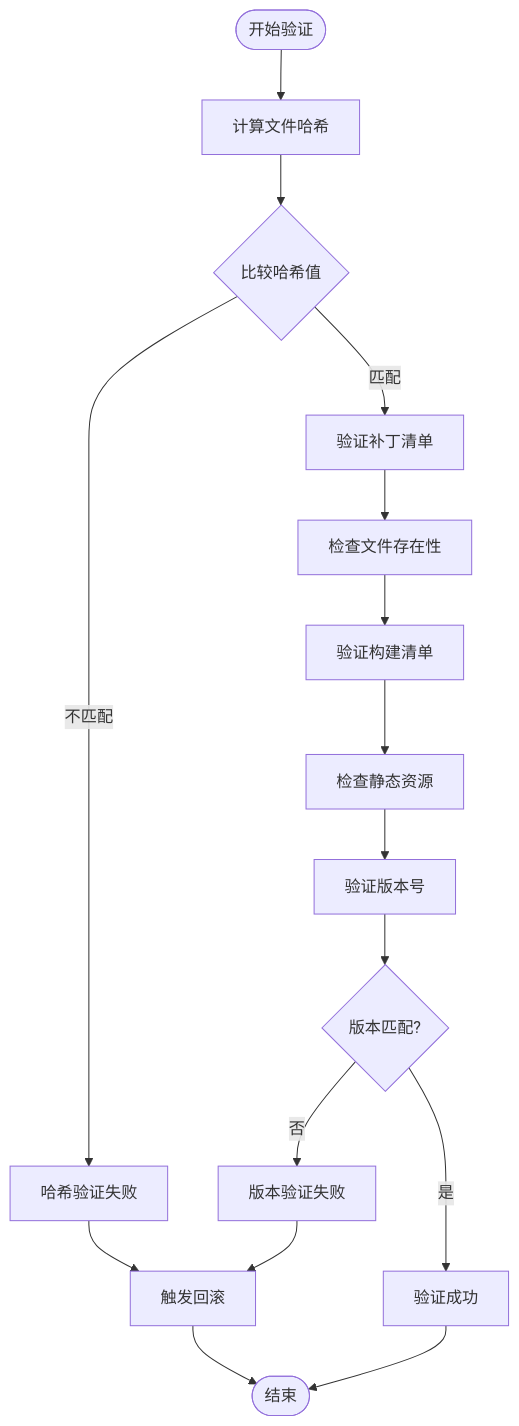
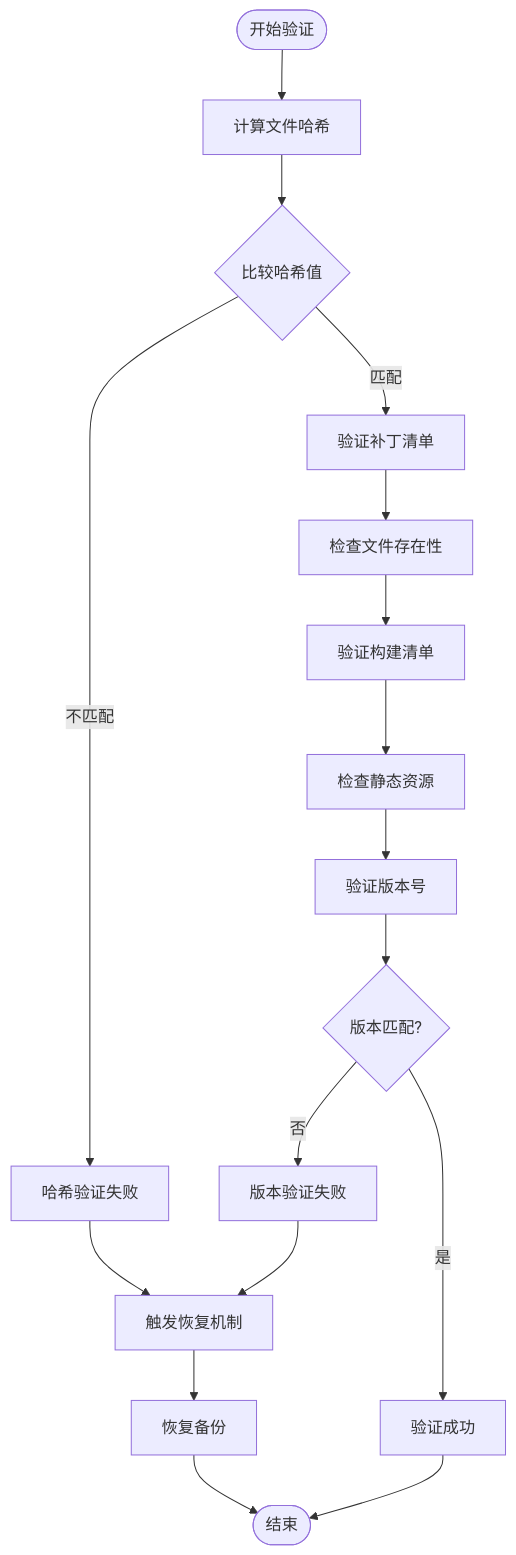
Before and after one commit to ggtiger/SSTS: the seventh of 10 diagrams in .qoder/repowiki/zh/content/核心功能模块/热更新系统.md, drawn with Mermaid. The commit also changed other lines of this file and 12 other files, not shown here.

````diff
--- a/.qoder/repowiki/zh/content/核心功能模块/热更新系统.md
+++ b/.qoder/repowiki/zh/content/核心功能模块/热更新系统.md
@@ -247,18 +360,19 @@
 ```mermaid
 flowchart TD
 Start([开始验证]) --> CalcHash[计算文件哈希]
 CalcHash --> CompareHash{比较哈希值}
 CompareHash --> |匹配| VerifyManifest[验证补丁清单]
 CompareHash --> |不匹配| FailHash[哈希验证失败]
 VerifyManifest --> CheckFiles[检查文件存在性]
 CheckFiles --> VerifyBuildManifest[验证构建清单]
 VerifyBuildManifest --> CheckStaticAssets[检查静态资源]
 CheckStaticAssets --> VerifyVersion[验证版本号]
 VerifyVersion --> VersionMatch{版本匹配?}
 VersionMatch --> |是| Success[验证成功]
 VersionMatch --> |否| FailVersion[版本验证失败]
-FailHash --> Rollback[触发回滚]
-FailVersion --> Rollback
-Rollback --> End([结束])
+FailHash --> Recovery[触发恢复机制]
+FailVersion --> Recovery
+Recovery --> RestoreBackup[恢复备份]
+RestoreBackup --> End([结束])
 Success --> End
 ```
````
